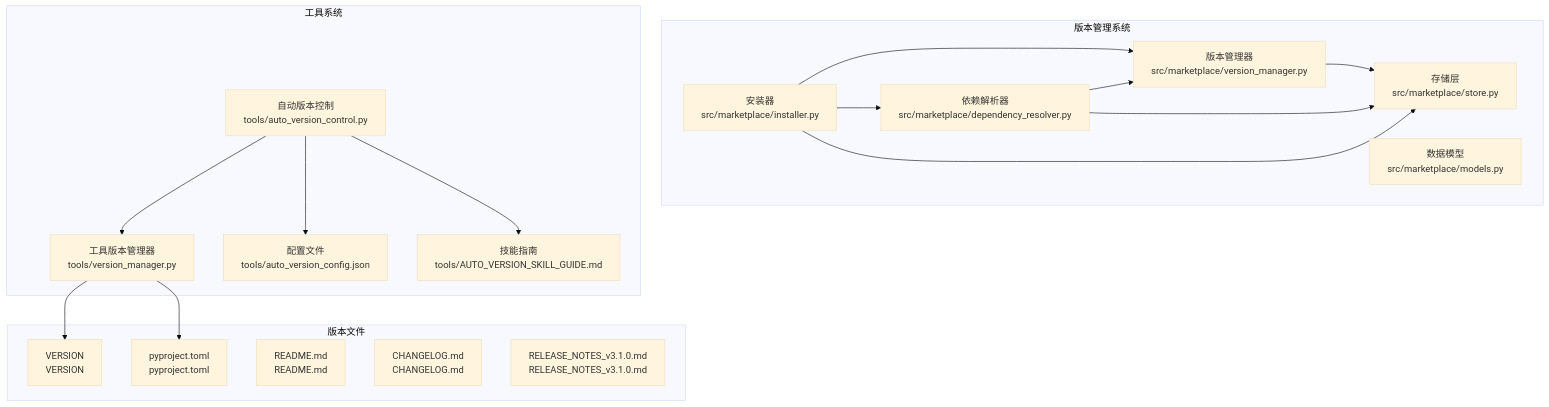
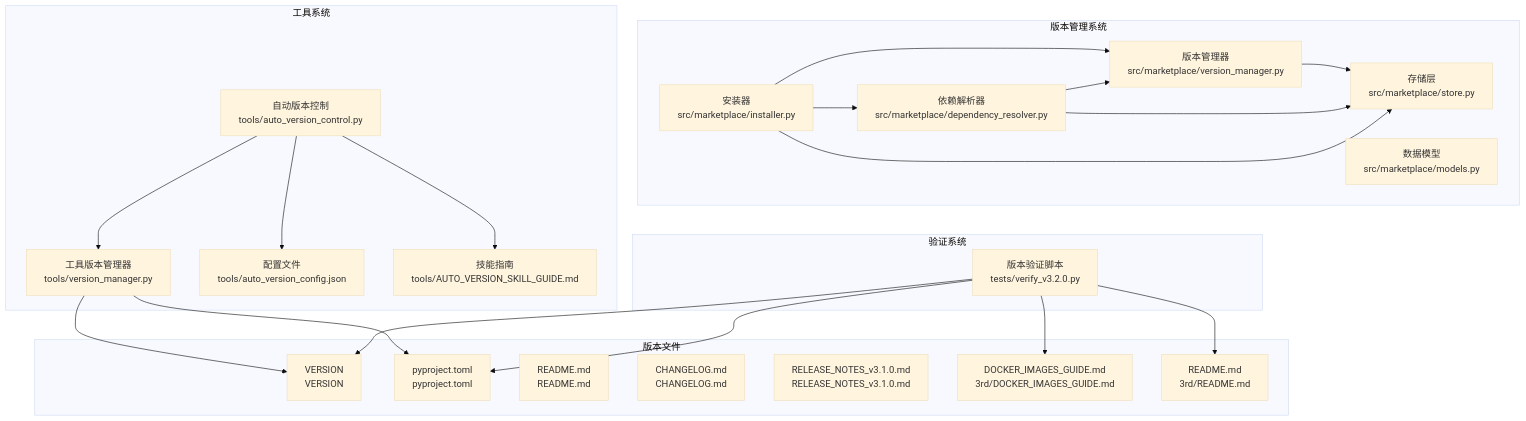
The first of 7 diagrams in .qoder/repowiki/zh/content/开发与测试/版本管理系统.md (JieGaoPrinceton/NecoRAG), drawn with Mermaid (base theme) before and after one commit. The commit also changed other lines of this file and 17 other files, not shown here.

````diff
--- a/.qoder/repowiki/zh/content/开发与测试/版本管理系统.md
+++ b/.qoder/repowiki/zh/content/开发与测试/版本管理系统.md
@@ -51,34 +54,43 @@
 ```mermaid
 graph TB
 subgraph "版本管理系统"
 VM[版本管理器<br/>src/marketplace/version_manager.py]
 IM[安装器<br/>src/marketplace/installer.py]
 SM[存储层<br/>src/marketplace/store.py]
 DM[数据模型<br/>src/marketplace/models.py]
 DR[依赖解析器<br/>src/marketplace/dependency_resolver.py]
 end
 subgraph "工具系统"
 TVM[工具版本管理器<br/>tools/version_manager.py]
 AVC[自动版本控制<br/>tools/auto_version_control.py]
 AVC_CFG[配置文件<br/>tools/auto_version_config.json]
 AVC_GUIDE[技能指南<br/>tools/AUTO_VERSION_SKILL_GUIDE.md]
 end
+subgraph "验证系统"
+VERIFY[版本验证脚本<br/>tests/verify_v3.2.0.py]
+end
 subgraph "版本文件"
 VER[VERSION<br/>VERSION]
 PYPROJ[pyproject.toml<br/>pyproject.toml]
 README[README.md<br/>README.md]
 CHANGELOG[CHANGELOG.md<br/>CHANGELOG.md]
 RELEASE_NOTES[RELEASE_NOTES_v3.1.0.md<br/>RELEASE_NOTES_v3.1.0.md]
+DOCKER_GUIDE[DOCKER_IMAGES_GUIDE.md<br/>3rd/DOCKER_IMAGES_GUIDE.md]
+THIRD_PARTY_README[README.md<br/>3rd/README.md]
 end
 VM --> SM
 IM --> VM
 IM --> DR
 IM --> SM
 DR --> VM
 DR --> SM
 TVM --> VER
 TVM --> PYPROJ
 AVC --> TVM
 AVC --> AVC_CFG
 AVC --> AVC_GUIDE
+VERIFY --> VER
+VERIFY --> PYPROJ
+VERIFY --> DOCKER_GUIDE
+VERIFY --> THIRD_PARTY_README
 ```
````
